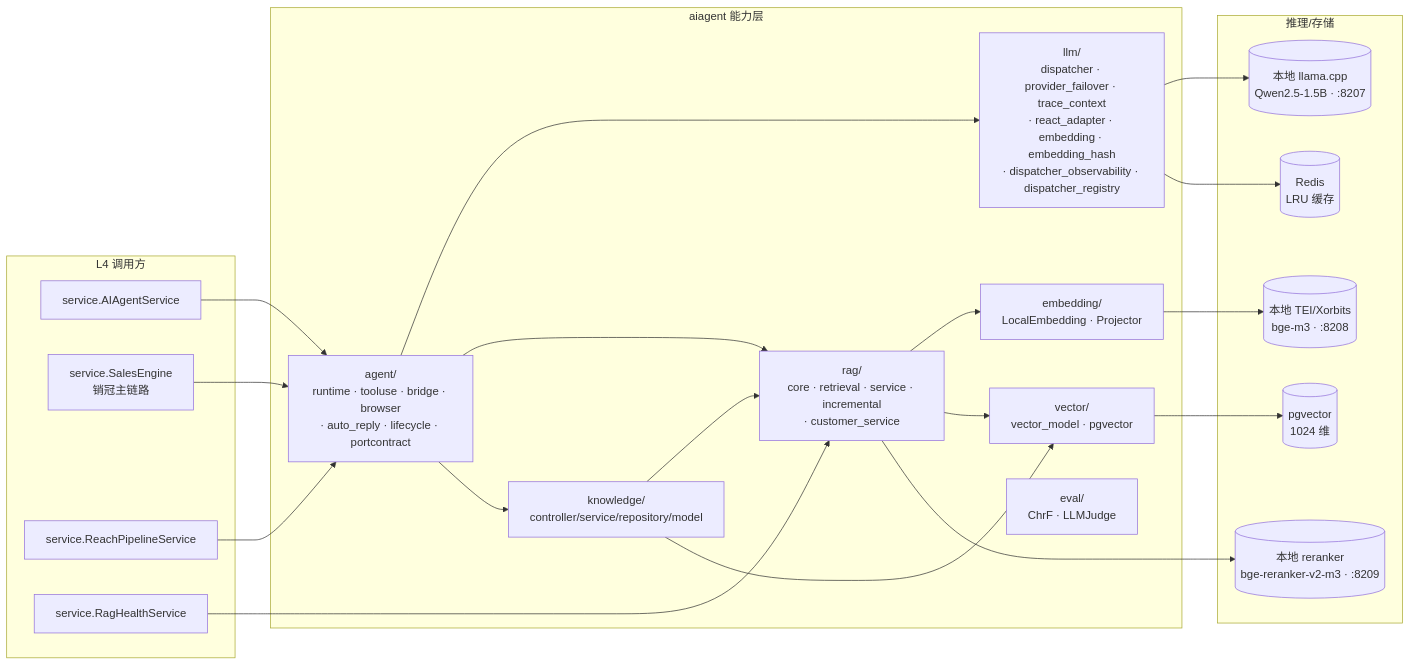
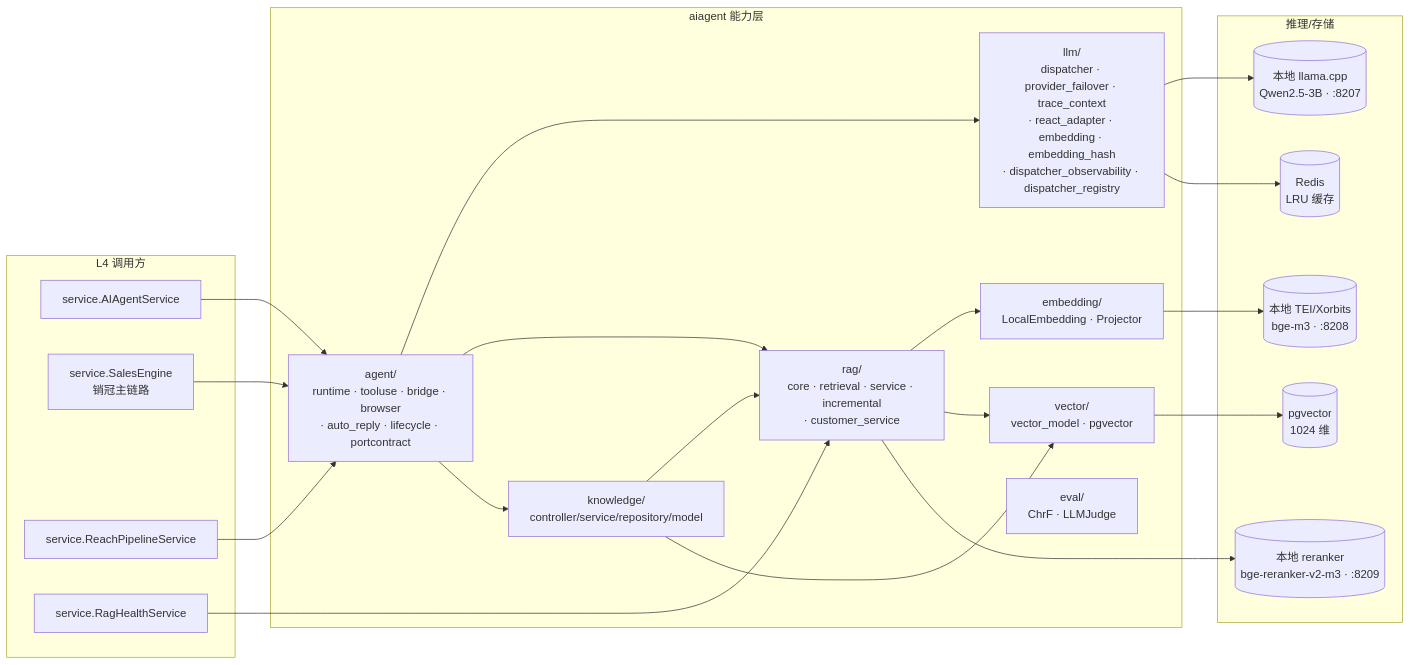
One commit to Pan519/hivemtk changed the third of 9 diagrams in user-server/docs/dev/ARCHITECTURE.md. Above: the diagram before and after it, drawn with Mermaid. The commit also changed other lines of this file and 38 other files, not shown here.

````diff
--- a/user-server/docs/dev/ARCHITECTURE.md
+++ b/user-server/docs/dev/ARCHITECTURE.md
@@ -230,44 +230,44 @@
 ```mermaid
 graph LR
     subgraph Service[L4 调用方]
         AgentSvc[service.AIAgentService]
         SalesEngine[service.SalesEngine<br/>销冠主链路]
         ReachSvc[service.ReachPipelineService]
         RagSvc[service.RagHealthService]
     end
 
     subgraph AIAgent[aiagent 能力层]
         Agent[agent/<br/>runtime · tooluse · bridge · browser<br/>· auto_reply · lifecycle · portcontract]
         LLM[llm/<br/>dispatcher · provider_failover · trace_context<br/>· react_adapter · embedding · embedding_hash<br/>· dispatcher_observability · dispatcher_registry]
         RAG[rag/<br/>core · retrieval · service · incremental<br/>· customer_service]
         Emb[embedding/<br/>LocalEmbedding · Projector]
         Vec[vector/<br/>vector_model · pgvector]
         Eval[eval/<br/>ChrF · LLMJudge]
         Knowledge[knowledge/<br/>controller/service/repository/model]
     end
 
     subgraph Infra[推理/存储]
-        LocalLLM[(本地 llama.cpp<br/>Qwen2.5-1.5B · :8207)]
+        LocalLLM[(本地 llama.cpp<br/>Qwen2.5-3B · :8207)]
         LocalEmb[(本地 TEI/Xorbits<br/>bge-m3 · :8208)]
         LocalRerank[(本地 reranker<br/>bge-reranker-v2-m3 · :8209)]
         PgVec[(pgvector<br/>1024 维)]
         RedisCache[(Redis<br/>LRU 缓存)]
     end
 
     AgentSvc --> Agent
     SalesEngine --> Agent
     ReachSvc --> Agent
     Agent --> LLM
     Agent --> RAG
     Agent --> Knowledge
     LLM --> LocalLLM
     LLM --> RedisCache
     RAG --> Emb
     RAG --> Vec
     RAG --> LocalRerank
     Emb --> LocalEmb
     Vec --> PgVec
     Knowledge --> RAG
     Knowledge --> Vec
     RagSvc --> RAG
 ```
````
